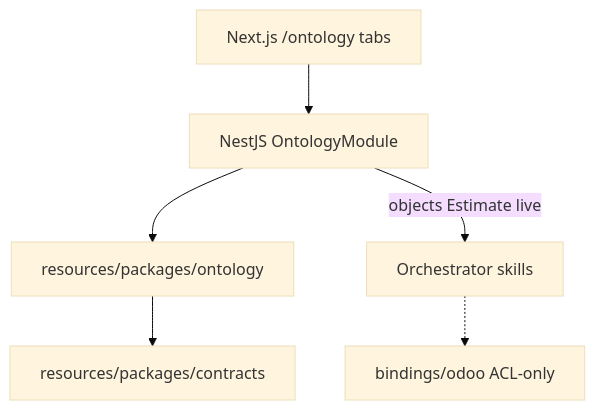
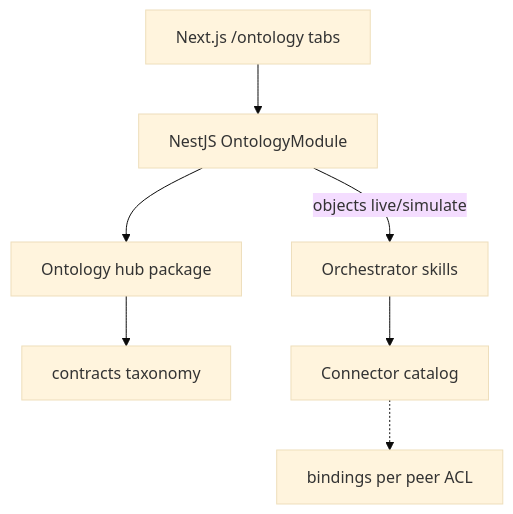
One commit to llanesleonardo/controlPanelErpOdoo changed the first of 2 diagrams in docs/System_Design/Subsystem/SAC-006/TSD.md. Above: the diagram before and after it, drawn with Mermaid (base theme). The commit also changed other lines of this file and 431 other files, not shown here.

First line of the commit message:
Align ControlPanelOntology to Foundry-shaped hub with SaaS/dedicated packaging.

````diff
--- a/docs/System_Design/Subsystem/SAC-006/TSD.md
+++ b/docs/System_Design/Subsystem/SAC-006/TSD.md
@@ -14,15 +14,17 @@
 ```mermaid
 flowchart TB
   Web["Next.js /ontology tabs"]
   Gw["NestJS OntologyModule"]
-  Pkg["resources/packages/ontology"]
-  Contracts["resources/packages/contracts"]
+  Pkg["Ontology hub package"]
+  Contracts["contracts taxonomy"]
   Orch["Orchestrator skills"]
-  Bind["bindings/odoo ACL-only"]
+  Cat["Connector catalog"]
+  Bind["bindings per peer ACL"]
 
   Web --> Gw
   Gw --> Pkg
   Pkg --> Contracts
-  Gw -->|objects Estimate live| Orch
-  Orch -.-> Bind
+  Gw -->|objects live/simulate| Orch
+  Orch --> Cat
+  Cat -.-> Bind
 ```
````
